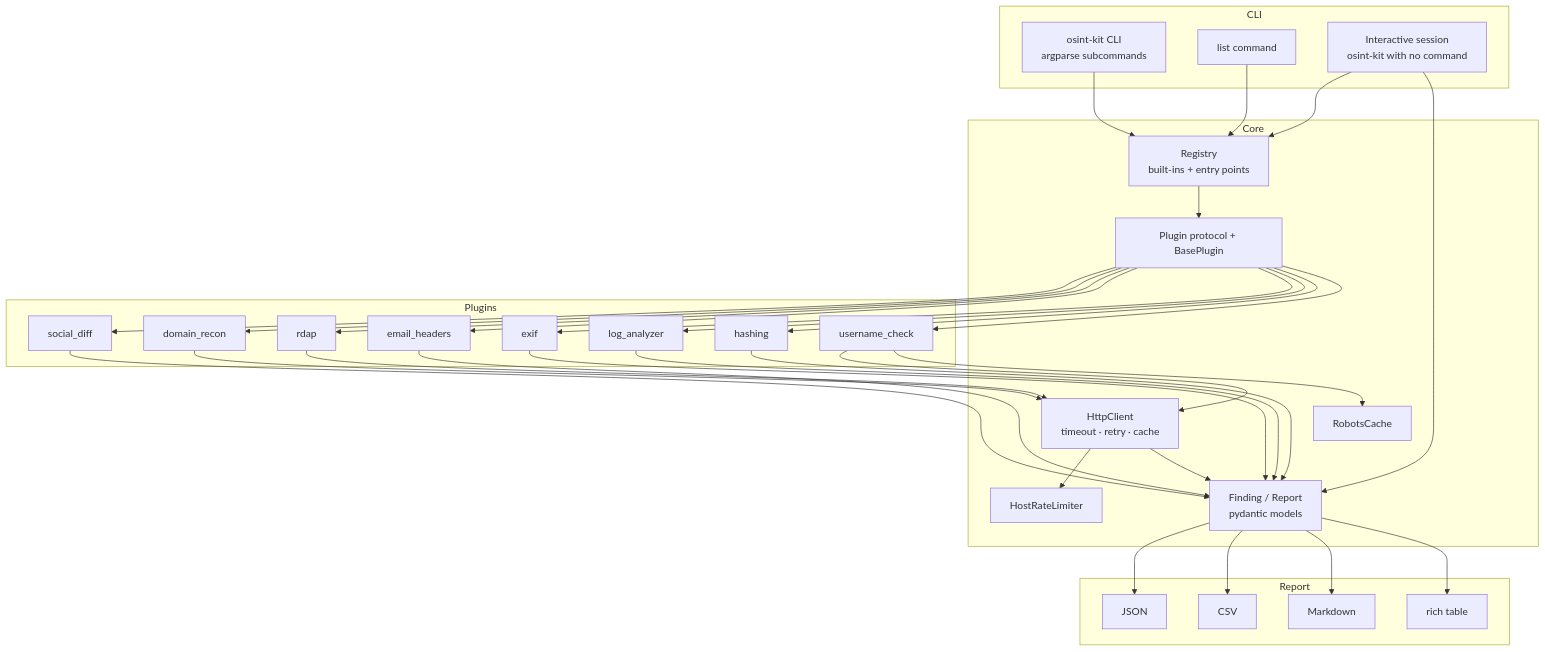
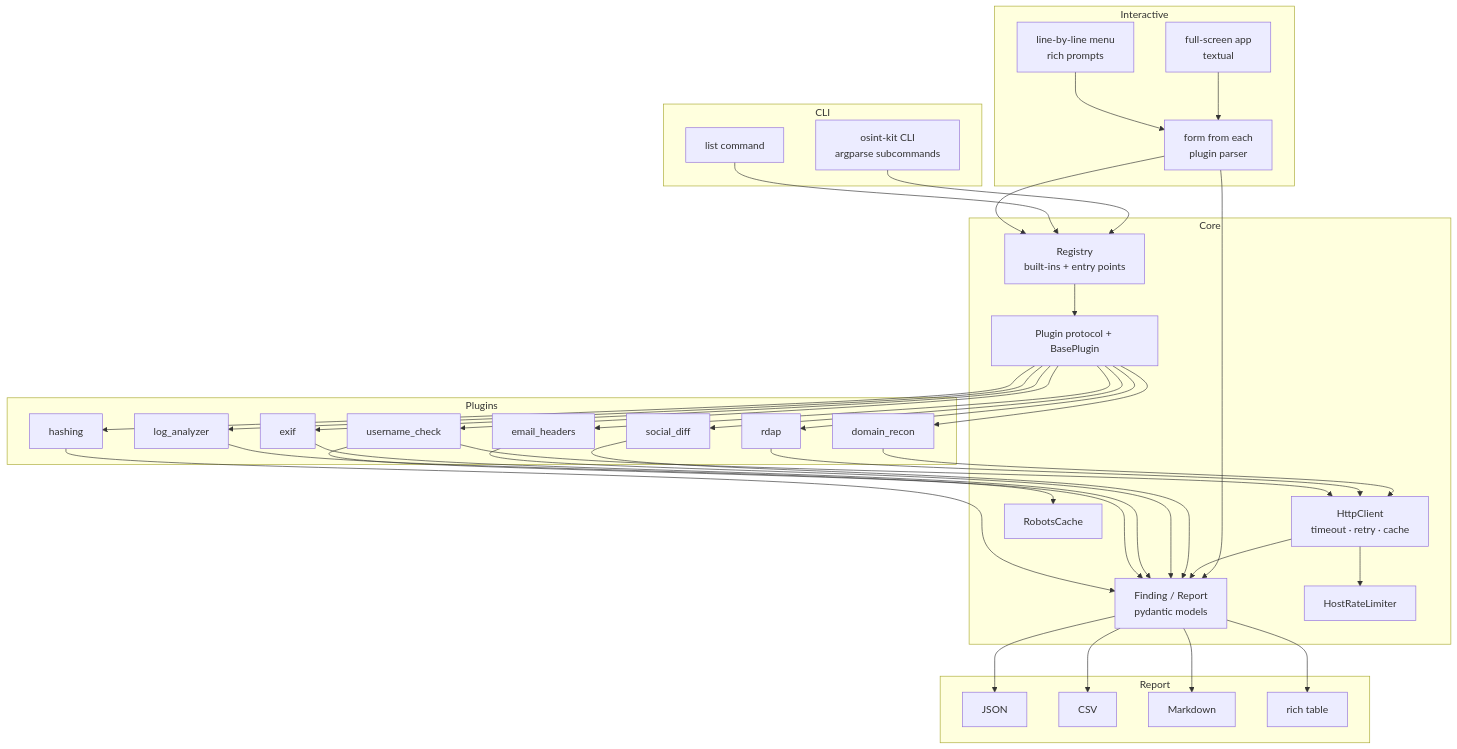
The diagram in README.md (developer-az/pyFollowerVsFollowing), drawn with Mermaid before and after one commit. The commit also changed other lines of this file, not shown here.

Commit message:
docs: document both interactive surfaces

````diff
--- a/README.md
+++ b/README.md
@@ -45,48 +45,55 @@
 ```mermaid
 flowchart TD
     subgraph CLI
         A[osint-kit CLI<br/>argparse subcommands]
         B[list command]
-        U[Interactive session<br/>osint-kit with no command]
+    end
+
+    subgraph Interactive
+        U[full-screen app<br/>textual]
+        W[line-by-line menu<br/>rich prompts]
+        F1[form from each<br/>plugin parser]
+        U --> F1
+        W --> F1
     end
 
     subgraph Core
         C[Plugin protocol + BasePlugin]
         D[Registry<br/>built-ins + entry points]
         E[Finding / Report<br/>pydantic models]
         F[HttpClient<br/>timeout · retry · cache]
         G[HostRateLimiter]
         R[RobotsCache]
     end
 
     subgraph Plugins
         P1[social_diff]
         P2[domain_recon]
         P3[rdap]
         P4[email_headers]
         P5[exif]
         P6[log_analyzer]
         P7[hashing]
         P8[username_check]
     end
 
     subgraph Report
         J[JSON]
         V[CSV]
         M[Markdown]
         T[rich table]
     end
 
     A --> D
     B --> D
-    U --> D
-    U --> E
+    F1 --> D
+    F1 --> E
     D --> C
     C --> P1 & P2 & P3 & P4 & P5 & P6 & P7 & P8
     P2 & P3 & P8 --> F
     F --> G
     F --> E
     P8 --> R
     P1 & P4 & P5 & P6 & P7 --> E
     E --> J & V & M & T
 ```
````
